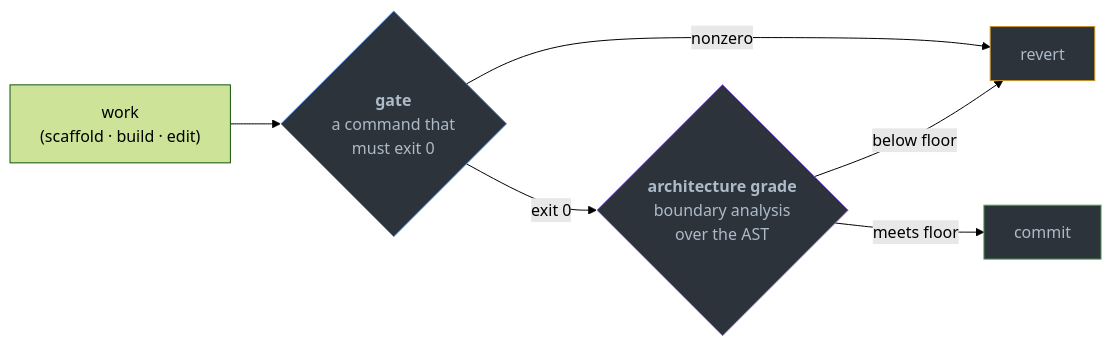
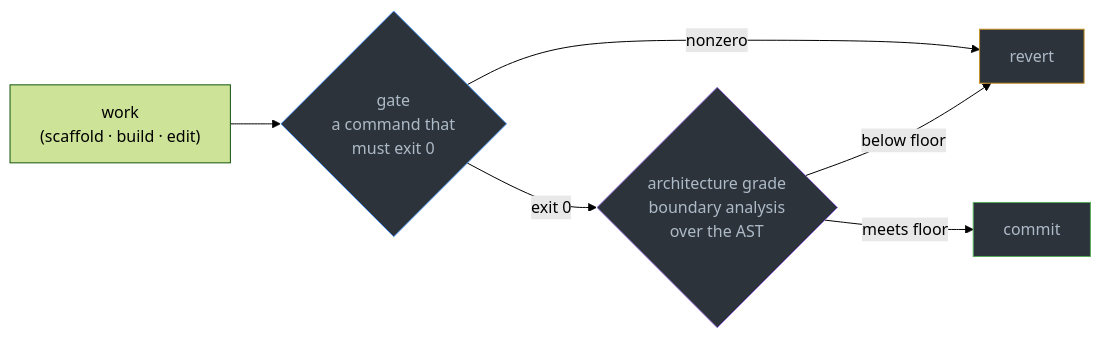
Before and after one commit to gaberger/hex: the first of 3 diagrams in ARCHITECTURE.md, drawn with Mermaid (forest theme). The commit also changed other lines of this file and 2 other files, not shown here.

````diff
--- a/ARCHITECTURE.md
+++ b/ARCHITECTURE.md
@@ -14,13 +14,13 @@
 ```mermaid
 flowchart LR
-    W["work<br/>(scaffold · build · edit)"] --> G1{"<b>gate</b><br/>a command that<br/>must exit 0"}
+    W["work<br/>(scaffold · build · edit)"] --> G1{"gate<br/>a command that<br/>must exit 0"}
     G1 -->|nonzero| R["revert"]
-    G1 -->|"exit 0"| G2{"<b>architecture grade</b><br/>boundary analysis<br/>over the AST"}
+    G1 -->|"exit 0"| G2{"architecture grade<br/>boundary analysis<br/>over the AST"}
     G2 -->|"below floor"| R
     G2 -->|"meets floor"| C["commit"]
 
     style G1 fill:#2d333b,stroke:#539bf5,color:#adbac7
     style G2 fill:#2d333b,stroke:#986ee2,color:#adbac7
     style C fill:#2d333b,stroke:#57ab5a,color:#adbac7
     style R fill:#2d333b,stroke:#c69026,color:#adbac7
 ```
````
